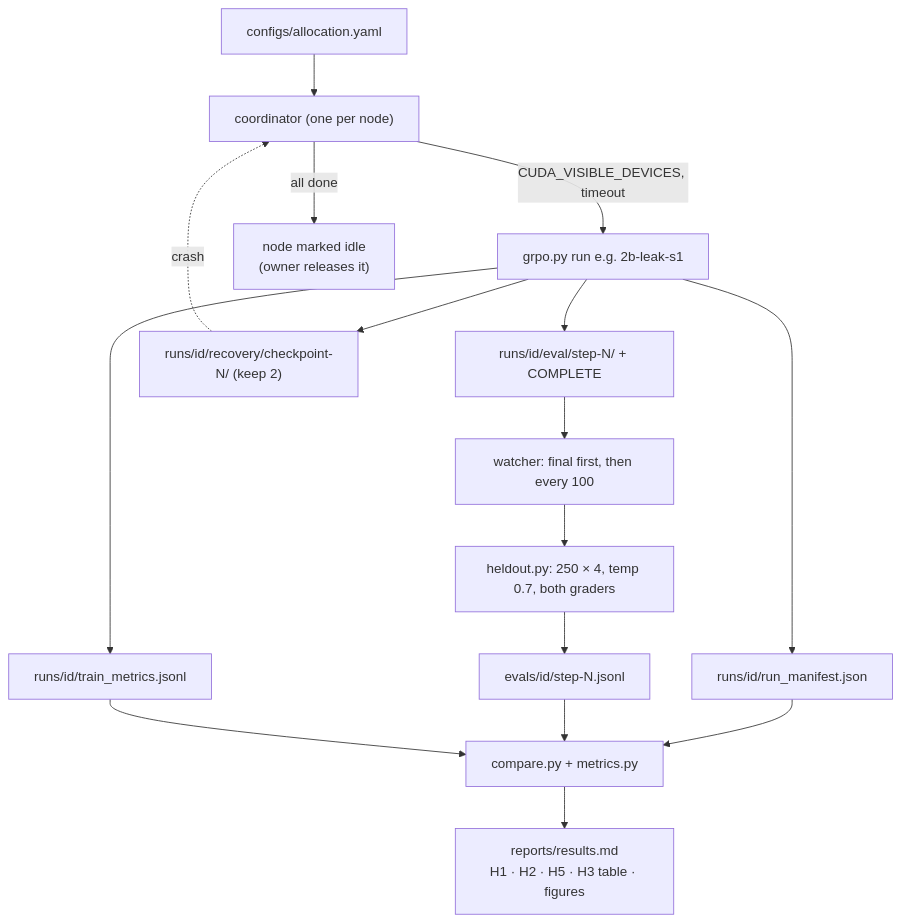
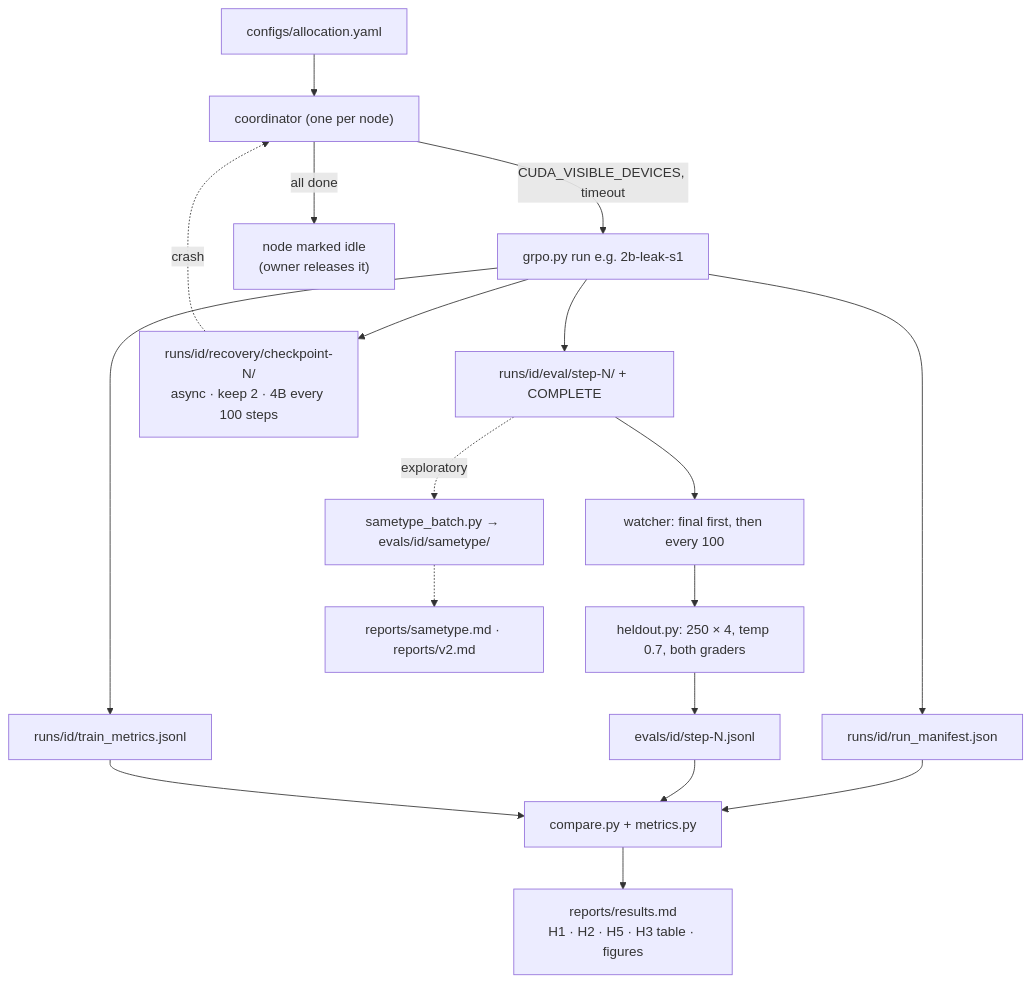
Before and after one commit to codexceed/rl-env-lab: the sixth of 7 diagrams in ARCHITECTURE.md, drawn with Mermaid. The commit also changed other lines of this file, not shown here.

Commit message:
docs(repo): sync ARCHITECTURE.md with the repo (async recovery, v2 variant, sametype split, logsync, node layout)

````diff
--- a/ARCHITECTURE.md
+++ b/ARCHITECTURE.md
@@ -163,18 +172,20 @@
 ```mermaid
 flowchart TD
   AL["configs/allocation.yaml"] --> CO["coordinator (one per node)"]
   CO -->|"CUDA_VISIBLE_DEVICES, timeout"| RUN["grpo.py run e.g. 2b-leak-s1"]
   RUN --> EW["runs/id/eval/step-N/ + COMPLETE"]
-  RUN --> RC["runs/id/recovery/checkpoint-N/ (keep 2)"]
+  RUN --> RC["runs/id/recovery/checkpoint-N/<br/>async · keep 2 · 4B every 100 steps"]
   RUN --> TM["runs/id/train_metrics.jsonl"]
   RUN --> MF["runs/id/run_manifest.json"]
   MF --> CMP
   RC -.->|crash| CO
   EW --> WA["watcher: final first, then every 100"]
   WA --> HO["heldout.py: 250 × 4, temp 0.7, both graders"]
   HO --> EJ["evals/id/step-N.jsonl"]
   EJ --> CMP["compare.py + metrics.py"]
   TM --> CMP
   CMP --> RES["reports/results.md<br/>H1 · H2 · H5 · H3 table · figures"]
+  EW -.->|exploratory| SB["sametype_batch.py → evals/id/sametype/"]
+  SB -.-> SR["reports/sametype.md · reports/v2.md"]
   CO -->|"all done"| IDLE["node marked idle<br/>(owner releases it)"]
 ```
````
